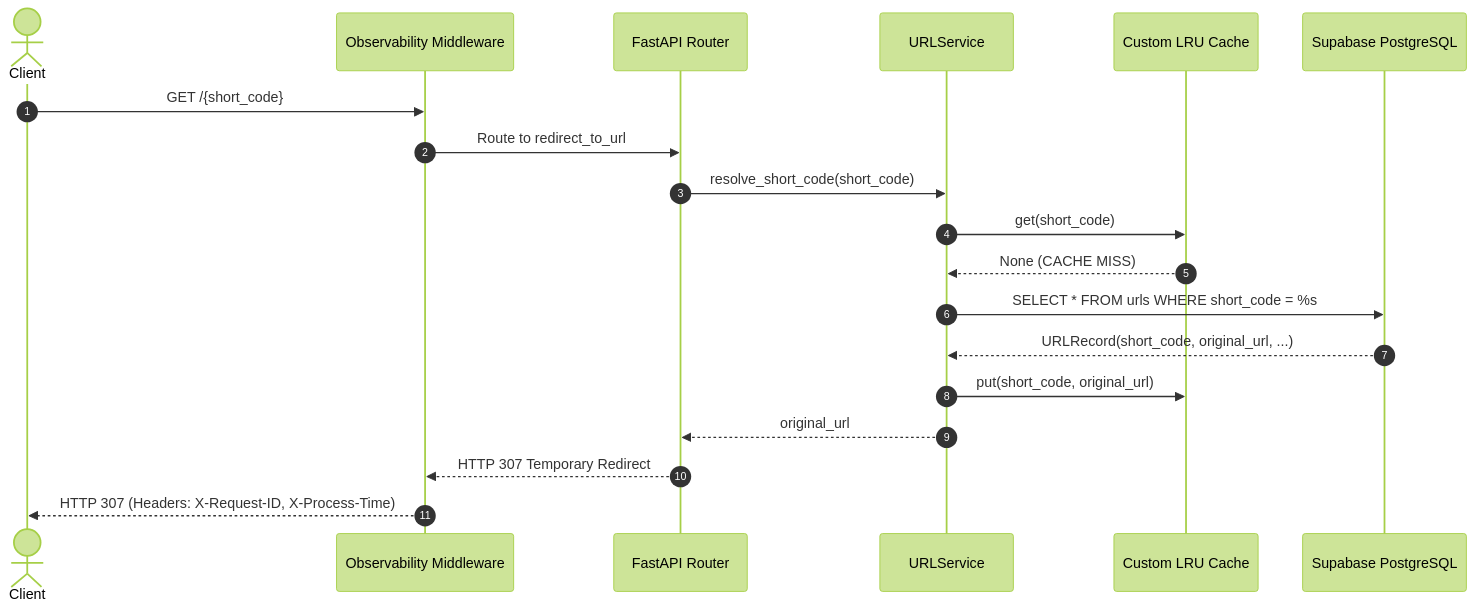
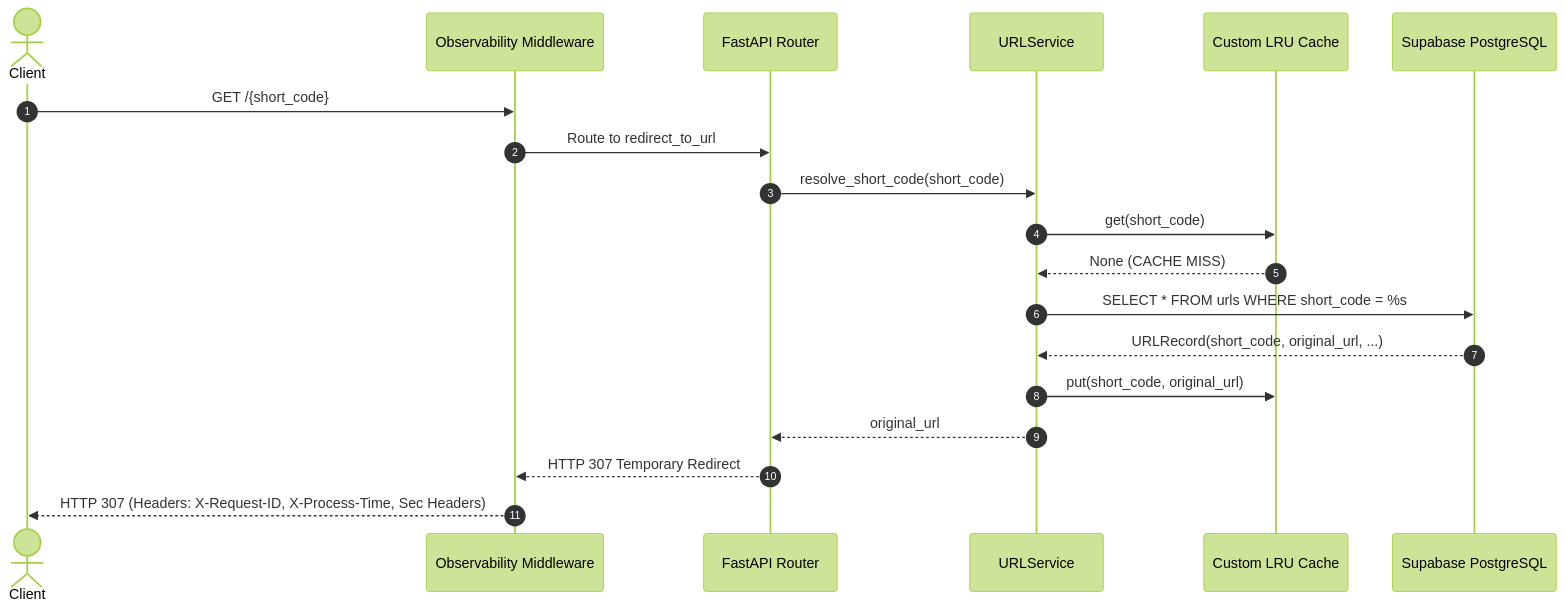
One commit to Prasanna-1166/cacheshort changed the third of 3 diagrams in README.md. Above: the diagram before and after it, drawn with Mermaid (forest theme). The commit also changed other lines of this file and 15 other files, not shown here.

````diff
--- a/README.md
+++ b/README.md
@@ -89,22 +101,22 @@
 ```mermaid
 sequenceDiagram
     autonumber
     actor Client
     participant MW as Observability Middleware
     participant API as FastAPI Router
     participant Service as URLService
     participant LRU as Custom LRU Cache
     participant DB as Supabase PostgreSQL
 
     Client->>MW: GET /{short_code}
     MW->>API: Route to redirect_to_url
     API->>Service: resolve_short_code(short_code)
     Service->>LRU: get(short_code)
     LRU-->>Service: None (CACHE MISS)
     Service->>DB: SELECT * FROM urls WHERE short_code = %s
     DB-->>Service: URLRecord(short_code, original_url, ...)
     Service->>LRU: put(short_code, original_url)
     Service-->>API: original_url
     API-->>MW: HTTP 307 Temporary Redirect
-    MW-->>Client: HTTP 307 (Headers: X-Request-ID, X-Process-Time)
+    MW-->>Client: HTTP 307 (Headers: X-Request-ID, X-Process-Time, Sec Headers)
 ```
````
